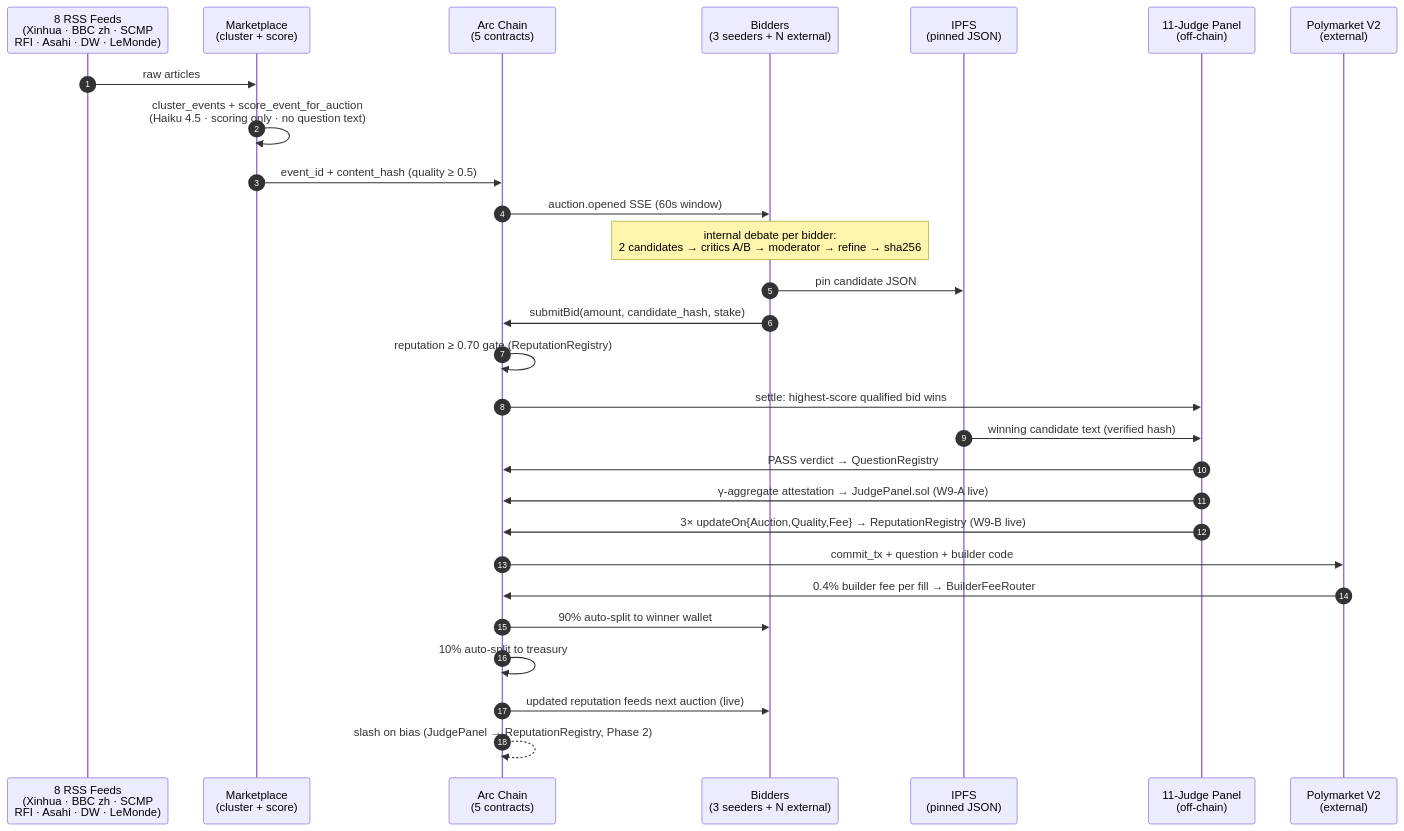
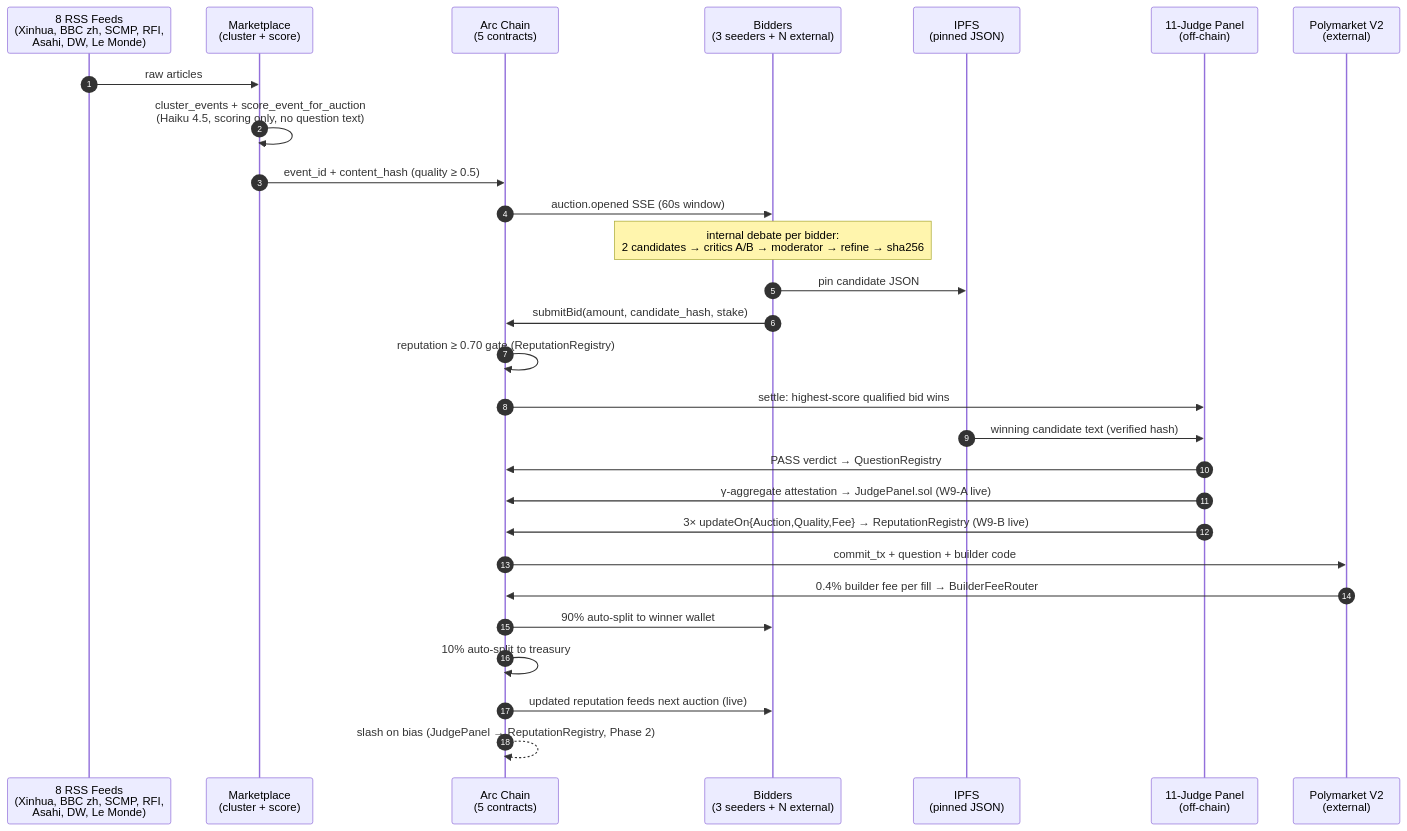
The second of 12 diagrams in README.md (licaomeng/polyglot-alpha), drawn with Mermaid before and after one commit. The commit also changed other lines of this file, not shown here.

First line of the commit message:
docs(readme): replace · word-lists inside mermaid nodes with phrases

````diff
--- a/README.md
+++ b/README.md
@@ -80,31 +80,31 @@
 ```mermaid
 sequenceDiagram
     autonumber
-    participant News as 8 RSS Feeds<br/>(Xinhua · BBC zh · SCMP<br/>RFI · Asahi · DW · LeMonde)
+    participant News as 8 RSS Feeds<br/>(Xinhua, BBC zh, SCMP, RFI,<br/>Asahi, DW, Le Monde)
     participant MP as Marketplace<br/>(cluster + score)
     participant Arc as Arc Chain<br/>(5 contracts)
     participant BID as Bidders<br/>(3 seeders + N external)
     participant IPFS as IPFS<br/>(pinned JSON)
     participant J as 11-Judge Panel<br/>(off-chain)
     participant PM as Polymarket V2<br/>(external)
 
     News->>MP: raw articles
-    MP->>MP: cluster_events + score_event_for_auction<br/>(Haiku 4.5 · scoring only · no question text)
+    MP->>MP: cluster_events + score_event_for_auction<br/>(Haiku 4.5, scoring only, no question text)
     MP->>Arc: event_id + content_hash (quality ≥ 0.5)
     Arc->>BID: auction.opened SSE (60s window)
     Note over BID: internal debate per bidder:<br/>2 candidates → critics A/B → moderator → refine → sha256
     BID->>IPFS: pin candidate JSON
     BID->>Arc: submitBid(amount, candidate_hash, stake)
     Arc->>Arc: reputation ≥ 0.70 gate (ReputationRegistry)
     Arc->>J: settle: highest-score qualified bid wins
     IPFS->>J: winning candidate text (verified hash)
     J->>Arc: PASS verdict → QuestionRegistry
     J->>Arc: γ-aggregate attestation → JudgePanel.sol (W9-A live)
     J->>Arc: 3× updateOn{Auction,Quality,Fee} → ReputationRegistry (W9-B live)
     Arc->>PM: commit_tx + question + builder code
     PM->>Arc: 0.4% builder fee per fill → BuilderFeeRouter
     Arc->>BID: 90% auto-split to winner wallet
     Arc->>Arc: 10% auto-split to treasury
     Arc->>BID: updated reputation feeds next auction (live)
     Arc-->>Arc: slash on bias (JudgePanel → ReputationRegistry, Phase 2)
 ```
````
